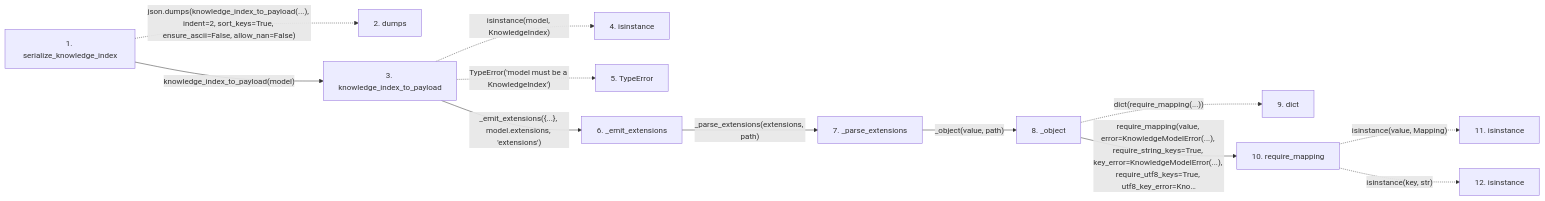
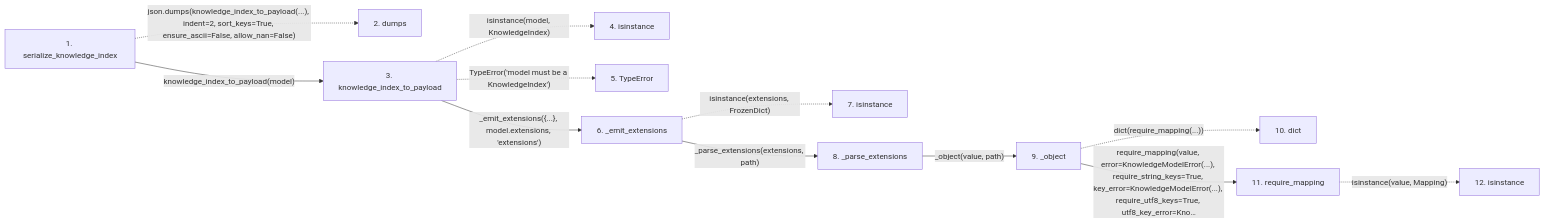
Before and after one commit to Denissvgn/python-wiki-llm: the second of 2 diagrams in docs/llm_wiki/flows/api-serialize_knowledge_index-knowledge_model.md, drawn with Mermaid. The commit also changed other lines of this file and 240 other files, not shown here.

````diff
--- a/docs/llm_wiki/flows/api-serialize_knowledge_index-knowledge_model.md
+++ b/docs/llm_wiki/flows/api-serialize_knowledge_index-knowledge_model.md
@@ -84,32 +85,32 @@
 ```mermaid
 flowchart LR
     s1["1. serialize_knowledge_index"]
     s2["2. dumps"]
     s3["3. knowledge_index_to_payload"]
     s4["4. isinstance"]
     s5["5. TypeError"]
     s6["6. _emit_extensions"]
-    s7["7. _parse_extensions"]
-    s8["8. _object"]
-    s9["9. dict"]
-    s10["10. require_mapping"]
-    s11["11. isinstance"]
+    s7["7. isinstance"]
+    s8["8. _parse_extensions"]
+    s9["9. _object"]
+    s10["10. dict"]
+    s11["11. require_mapping"]
     s12["12. isinstance"]
     s1 -. "json.dumps(knowledge_index_to_payload(...), indent=2, sort_keys=True, ensure_ascii=False, allow_nan=False)" .-> s2
     s1 -->|"knowledge_index_to_payload(model)"| s3
     s3 -. "isinstance(model, KnowledgeIndex)" .-> s4
     s3 -. "TypeError('model must be a KnowledgeIndex')" .-> s5
     s3 -->|"_emit_extensions({...}, model.extensions, 'extensions')"| s6
-    s6 -->|"_parse_extensions(extensions, path)"| s7
-    s7 -->|"_object(value, path)"| s8
-    s8 -. "dict(require_mapping(...))" .-> s9
-    s8 -->|"require_mapping(value, error=KnowledgeModelError(...), require_string_keys=True, key_error=KnowledgeModelError(...), require_utf8_keys=True, utf8_key_error=Kno…"| s10
-    s10 -. "isinstance(value, Mapping)" .-> s11
-    s10 -. "isinstance(key, str)" .-> s12
+    s6 -. "isinstance(extensions, FrozenDict)" .-> s7
+    s6 -->|"_parse_extensions(extensions, path)"| s8
+    s8 -->|"_object(value, path)"| s9
+    s9 -. "dict(require_mapping(...))" .-> s10
+    s9 -->|"require_mapping(value, error=KnowledgeModelError(...), require_string_keys=True, key_error=KnowledgeModelError(...), require_utf8_keys=True, utf8_key_error=Kno…"| s11
+    s11 -. "isinstance(value, Mapping)" .-> s12
     click s1 "../modules/knowledge_model.md"
     click s3 "../modules/knowledge_model.md"
     click s6 "../modules/knowledge_model.md"
-    click s7 "../modules/knowledge_model.md"
     click s8 "../modules/knowledge_model.md"
-    click s10 "../modules/validation.md"
+    click s9 "../modules/knowledge_model.md"
+    click s11 "../modules/validation.md"
 ```
````
